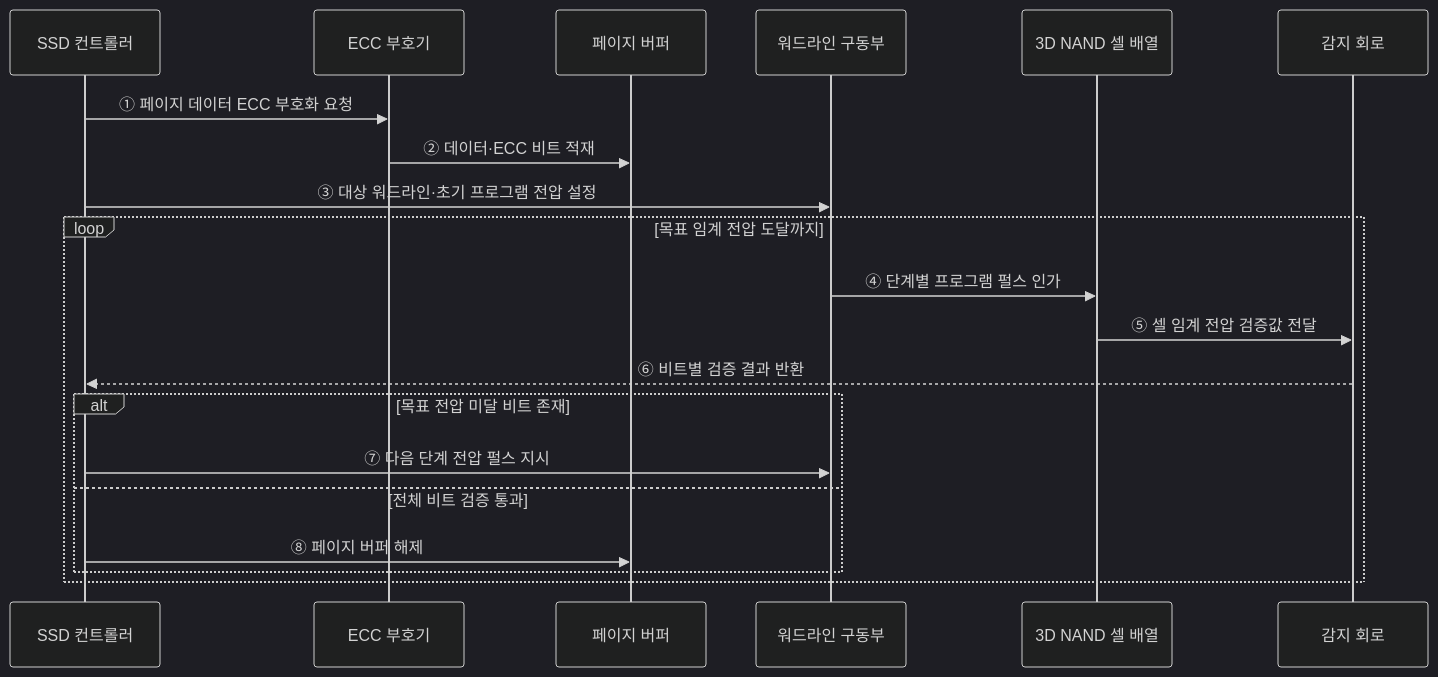
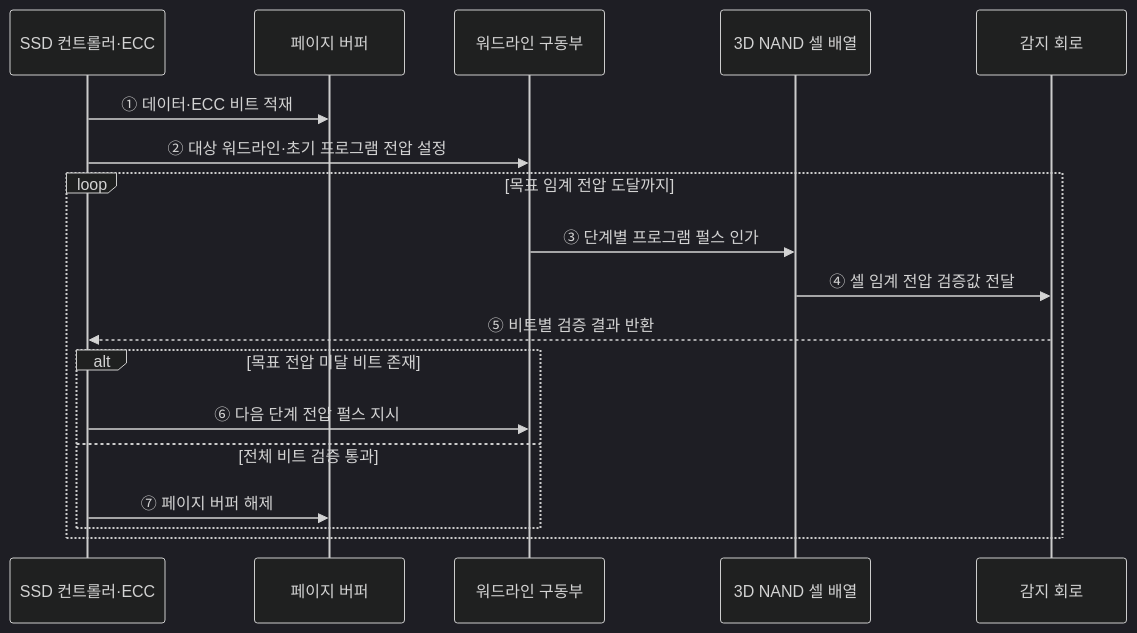
Before and after one commit to agnusdei1207/knowledge-base: the second of 2 diagrams in src/content/docs/notes/02-hardware/031_nand_flash_3d_v_nand.md, drawn with Mermaid (dark theme). The commit also changed other lines of this file and 20 other files, not shown here.

````diff
--- a/src/content/docs/notes/02-hardware/031_nand_flash_3d_v_nand.md
+++ b/src/content/docs/notes/02-hardware/031_nand_flash_3d_v_nand.md
@@ -98,23 +89,21 @@
 ```mermaid
 sequenceDiagram
-    participant H as SSD 컨트롤러
-    participant E as ECC 부호기
+    participant H as SSD 컨트롤러·ECC
     participant B as 페이지 버퍼
     participant W as 워드라인 구동부
     participant A as 3D NAND 셀 배열
     participant S as 감지 회로
 
-    H->>E: ① 페이지 데이터 ECC 부호화 요청
-    E->>B: ② 데이터·ECC 비트 적재
-    H->>W: ③ 대상 워드라인·초기 프로그램 전압 설정
+    H->>B: ① 데이터·ECC 비트 적재
+    H->>W: ② 대상 워드라인·초기 프로그램 전압 설정
     loop 목표 임계 전압 도달까지
-        W->>A: ④ 단계별 프로그램 펄스 인가
-        A->>S: ⑤ 셀 임계 전압 검증값 전달
-        S-->>H: ⑥ 비트별 검증 결과 반환
+        W->>A: ③ 단계별 프로그램 펄스 인가
+        A->>S: ④ 셀 임계 전압 검증값 전달
+        S-->>H: ⑤ 비트별 검증 결과 반환
         alt 목표 전압 미달 비트 존재
-            H->>W: ⑦ 다음 단계 전압 펄스 지시
+            H->>W: ⑥ 다음 단계 전압 펄스 지시
         else 전체 비트 검증 통과
-            H->>B: ⑧ 페이지 버퍼 해제
+            H->>B: ⑦ 페이지 버퍼 해제
         end
     end
 ```
````
